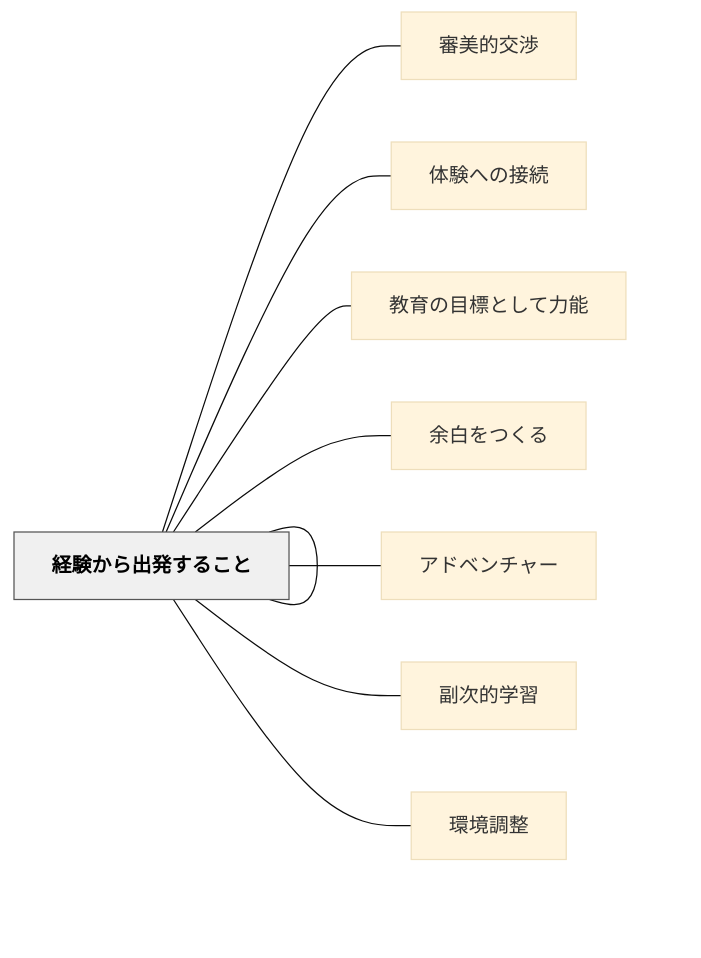
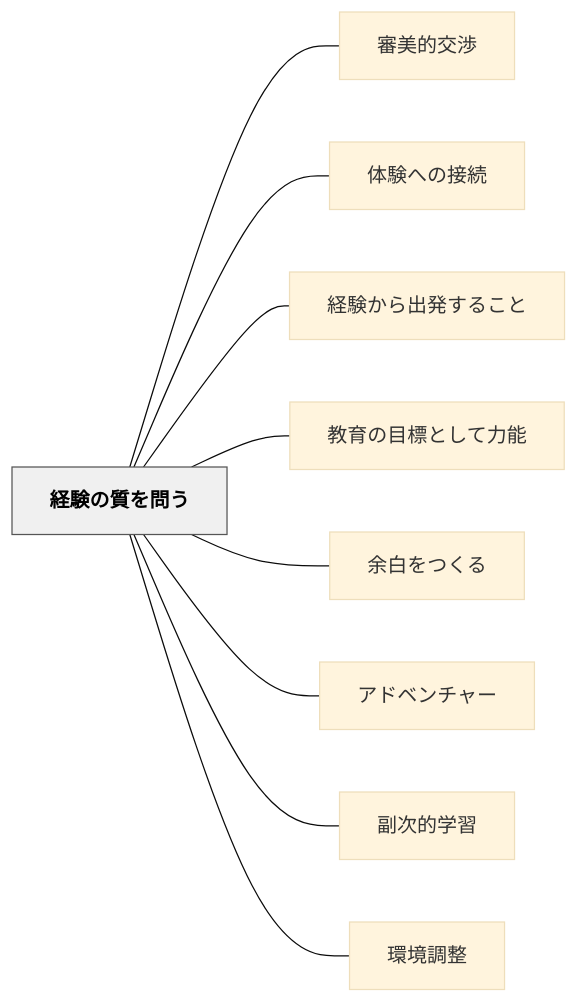
One commit to unknownthings-ed-patterns/unknownthings-ed-patterns changed the diagram in content/パタン/経験の質を問う.md. Above: the diagram before and after it, drawn with Mermaid (base theme). The commit also changed 527 other files, not shown here.

````diff
--- a/content/パタン/経験の質を問う.md
+++ b/content/パタン/経験の質を問う.md
@@ -101,24 +101,24 @@
 ```mermaid
 flowchart LR
-    ne7b58ce9a893["経験の質を問う"]
-    ne5afa9e7be8e["審美的交渉"]
-    ne4bd93e9a893["体験への接続"]
-    ne7b58ce9a893["経験から出発すること"]
-    ne69599e882b2["教育の目標として力能"]
-    ne4bd99e799bd["余白をつくる"]
-    ne382a2e38389["アドベンチャー"]
-    ne589afe6aca1["副次的学習"]
-    ne792b0e5a283["環境調整"]
+    ne7b58ce9a893e381aee8b3aae38292e5958fe38186["経験の質を問う"]
+    ne5afa9e7be8ee79a84e4baa4e6b889["審美的交渉"]
+    ne4bd93e9a893e381b8e381aee68ea5e7b69a["体験への接続"]
+    ne7b58ce9a893e3818be38289e587bae799bae38199e3828be38193e381a8["経験から出発すること"]
+    ne69599e882b2e381aee79baee6a899e381a8e38197e381a6e58a9be883bd["教育の目標として力能"]
+    ne4bd99e799bde38292e381a4e3818fe3828b["余白をつくる"]
+    ne382a2e38389e38399e383b3e38381e383a3e383bc["アドベンチャー"]
+    ne589afe6aca1e79a84e5ada6e7bf92["副次的学習"]
+    ne792b0e5a283e8aabfe695b4["環境調整"]
 
-    ne7b58ce9a893 --- ne5afa9e7be8e
-    ne7b58ce9a893 --- ne4bd93e9a893
-    ne7b58ce9a893 --- ne7b58ce9a893
-    ne7b58ce9a893 --- ne69599e882b2
-    ne7b58ce9a893 --- ne4bd99e799bd
-    ne7b58ce9a893 --- ne382a2e38389
-    ne7b58ce9a893 --- ne589afe6aca1
-    ne7b58ce9a893 --- ne792b0e5a283
+    ne7b58ce9a893e381aee8b3aae38292e5958fe38186 --- ne5afa9e7be8ee79a84e4baa4e6b889
+    ne7b58ce9a893e381aee8b3aae38292e5958fe38186 --- ne4bd93e9a893e381b8e381aee68ea5e7b69a
+    ne7b58ce9a893e381aee8b3aae38292e5958fe38186 --- ne7b58ce9a893e3818be38289e587bae799bae38199e3828be38193e381a8
+    ne7b58ce9a893e381aee8b3aae38292e5958fe38186 --- ne69599e882b2e381aee79baee6a899e381a8e38197e381a6e58a9be883bd
+    ne7b58ce9a893e381aee8b3aae38292e5958fe38186 --- ne4bd99e799bde38292e381a4e3818fe3828b
+    ne7b58ce9a893e381aee8b3aae38292e5958fe38186 --- ne382a2e38389e38399e383b3e38381e383a3e383bc
+    ne7b58ce9a893e381aee8b3aae38292e5958fe38186 --- ne589afe6aca1e79a84e5ada6e7bf92
+    ne7b58ce9a893e381aee8b3aae38292e5958fe38186 --- ne792b0e5a283e8aabfe695b4
 
     classDef hub fill:#f0f0f0,stroke:#555,color:#000,font-weight:bold
-    class ne7b58ce9a893 hub
+    class ne7b58ce9a893e381aee8b3aae38292e5958fe38186 hub
 ```
````
